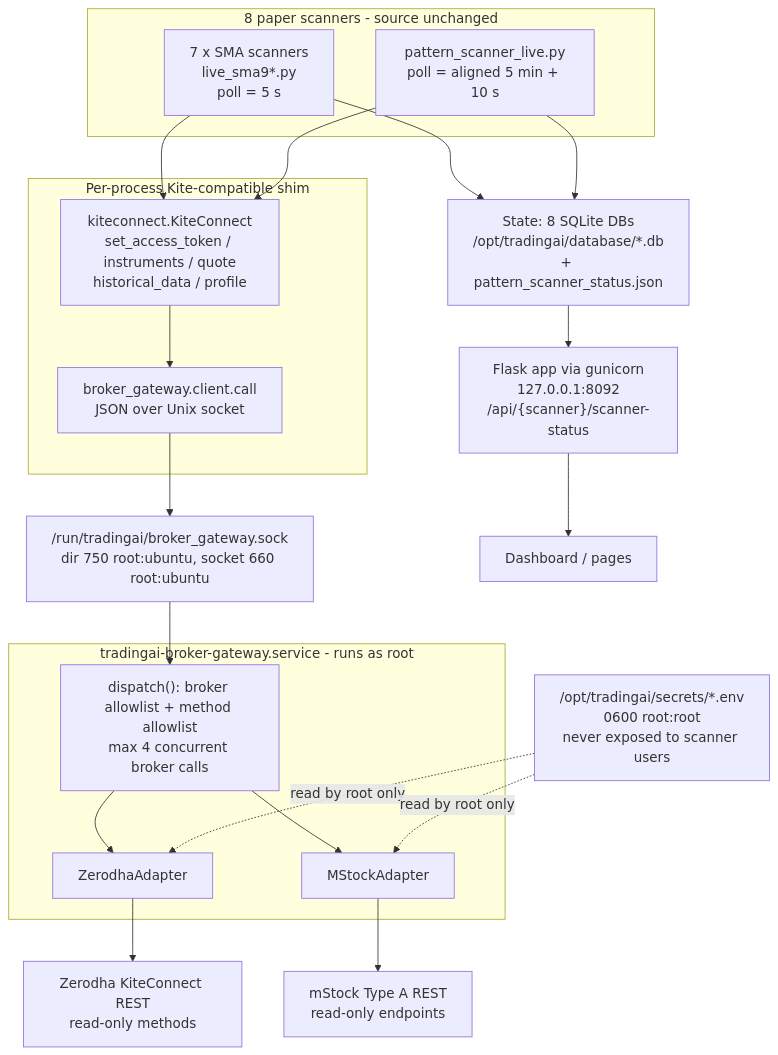
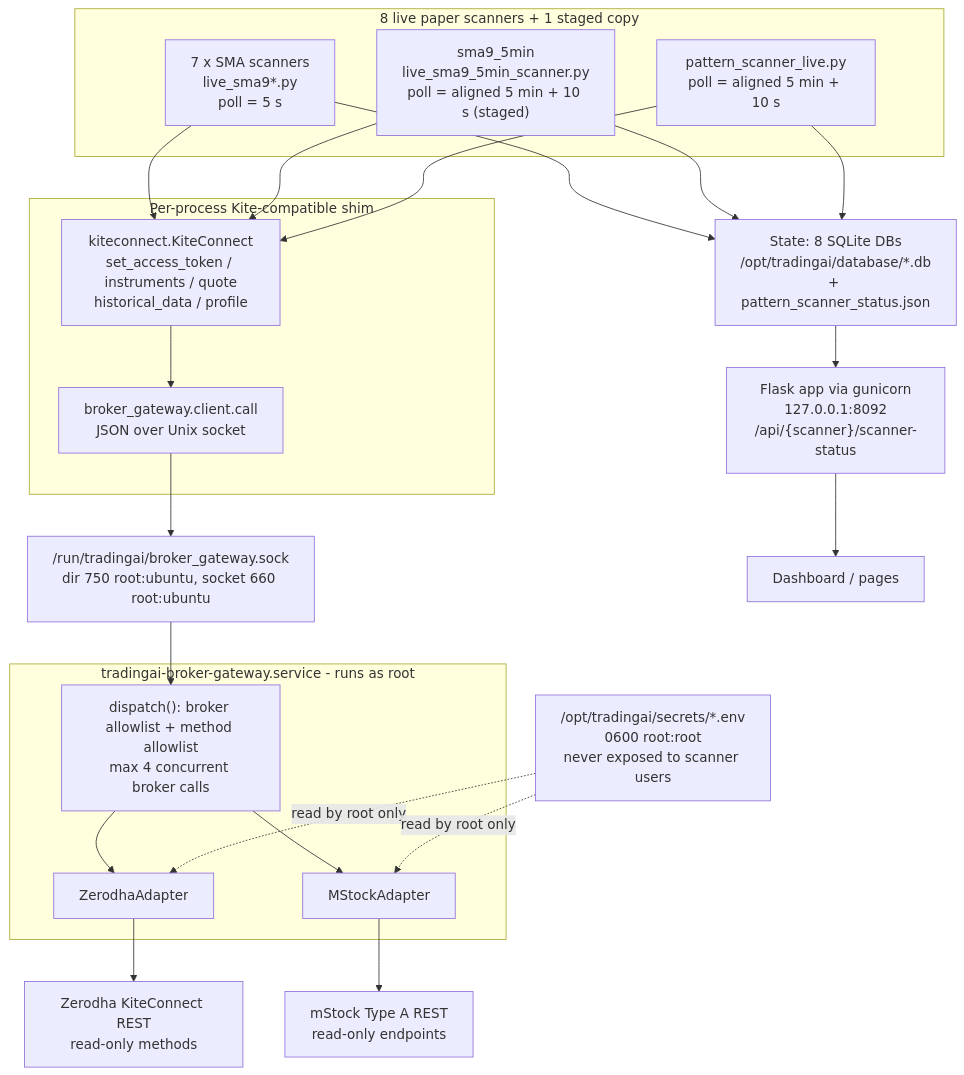
One commit to vedurada/tradingai-lightweight changed the first of 5 diagrams in docs/SCANNER_BROKER_ARCHITECTURE.md. Above: the diagram before and after it, drawn with Mermaid. The commit also changed other lines of this file and 17 other files, not shown here.

Commit message:
feat: add isolated sma9_5min paper scanner

````diff
--- a/docs/SCANNER_BROKER_ARCHITECTURE.md
+++ b/docs/SCANNER_BROKER_ARCHITECTURE.md
@@ -18,43 +19,46 @@
 ```mermaid
 flowchart TB
-    subgraph SCANNERS["8 paper scanners - source unchanged"]
+    subgraph SCANNERS["8 live paper scanners + 1 staged copy"]
         SMA["7 x SMA scanners<br/>live_sma9*.py<br/>poll = 5 s"]
+        SMA5["sma9_5min<br/>live_sma9_5min_scanner.py<br/>poll = aligned 5 min + 10 s (staged)"]
         PAT["pattern_scanner_live.py<br/>poll = aligned 5 min + 10 s"]
     end
 
     subgraph SHIMLAYER["Per-process Kite-compatible shim"]
         KC["kiteconnect.KiteConnect<br/>set_access_token / instruments / quote<br/>historical_data / profile"]
         CL["broker_gateway.client.call<br/>JSON over Unix socket"]
         KC --> CL
     end
 
     SOCK["/run/tradingai/broker_gateway.sock<br/>dir 750 root:ubuntu, socket 660 root:ubuntu"]
 
     subgraph GW["tradingai-broker-gateway.service - runs as root"]
         DISP["dispatch(): broker allowlist + method allowlist<br/>max 4 concurrent broker calls"]
         ZA["ZerodhaAdapter"]
         MA["MStockAdapter"]
         DISP --> ZA
         DISP --> MA
     end
 
     SEC["/opt/tradingai/secrets/*.env<br/>0600 root:root<br/>never exposed to scanner users"]
 
     ZAPI["Zerodha KiteConnect REST<br/>read-only methods"]
     MAPI["mStock Type A REST<br/>read-only endpoints"]
 
     STATE["State: 8 SQLite DBs<br/>/opt/tradingai/database/*.db<br/>+ pattern_scanner_status.json"]
     API["Flask app via gunicorn<br/>127.0.0.1:8092<br/>/api/{scanner}/scanner-status"]
     UI["Dashboard / pages"]
 
     SMA --> KC
+    SMA5 --> KC
     PAT --> KC
     CL --> SOCK --> DISP
     SEC -. read by root only .-> ZA
     SEC -. read by root only .-> MA
     ZA --> ZAPI
     MA --> MAPI
     SMA --> STATE
+    SMA5 --> STATE
     PAT --> STATE
     STATE --> API --> UI
 ```
````
